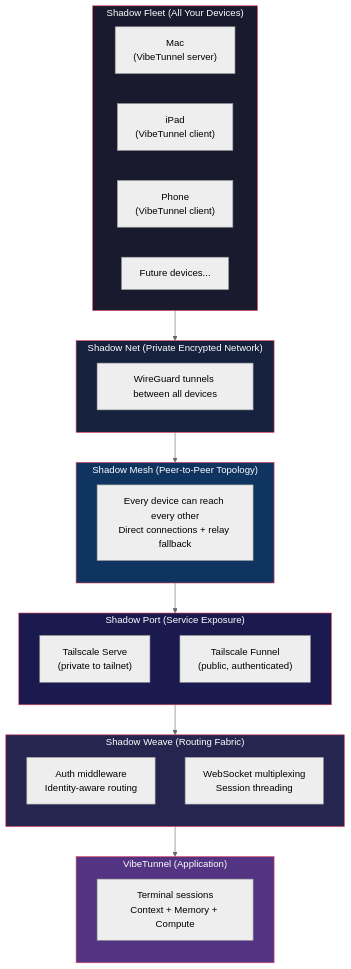
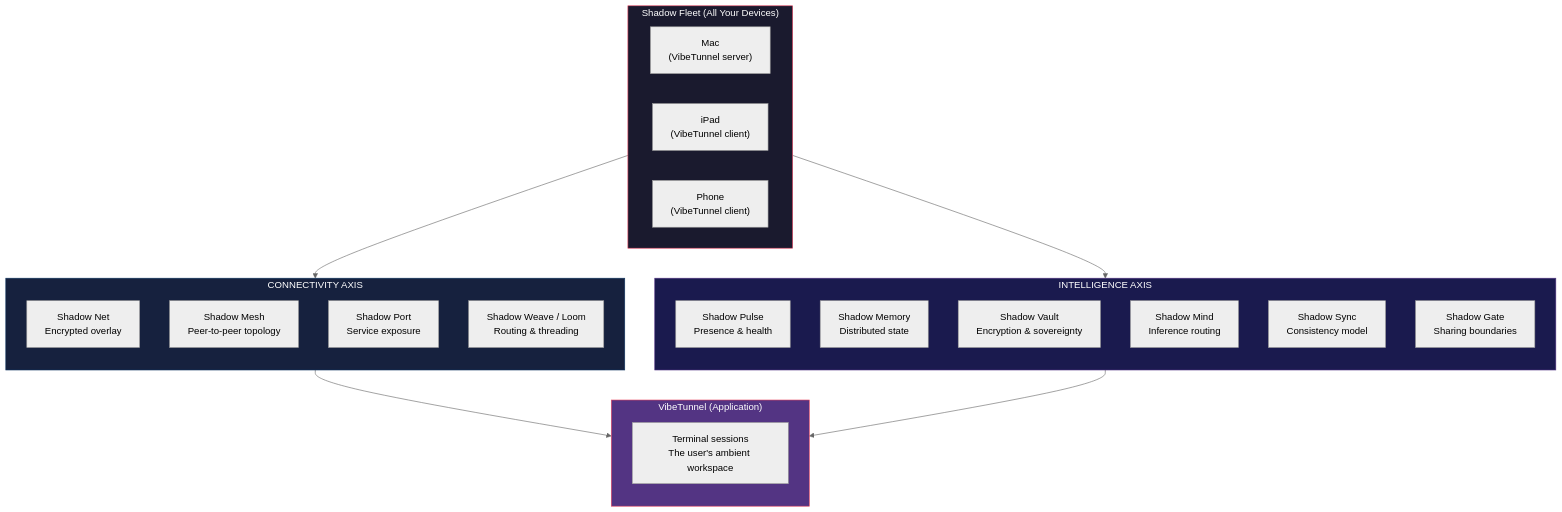
One commit to amantus-ai/vibetunnel changed the third of 3 diagrams in docs/NETWORK_SECURITY_ARCHITECTURE.md. Above: the diagram before and after it, drawn with Mermaid (neutral theme). The commit also changed other lines of this file, not shown here.

First line of the commit message:
Add multi-dimensional analysis: connectivity + intelligence axes

````diff
--- a/docs/NETWORK_SECURITY_ARCHITECTURE.md
+++ b/docs/NETWORK_SECURITY_ARCHITECTURE.md
@@ -448,49 +537,41 @@
 ```mermaid
 flowchart TB
     subgraph ShadowFleet["Shadow Fleet (All Your Devices)"]
         Mac["Mac<br/>(VibeTunnel server)"]
         iPad["iPad<br/>(VibeTunnel client)"]
         Phone["Phone<br/>(VibeTunnel client)"]
-        Future["Future devices..."]
     end
 
-    subgraph ShadowNet["Shadow Net (Private Encrypted Network)"]
+    subgraph Connectivity["CONNECTIVITY AXIS"]
         direction TB
-        SN["WireGuard tunnels between all devices"]
+        ShadowNet["Shadow Net<br/>Encrypted overlay"]
+        ShadowMesh["Shadow Mesh<br/>Peer-to-peer topology"]
+        ShadowPort["Shadow Port<br/>Service exposure"]
+        ShadowWeave["Shadow Weave / Loom<br/>Routing & threading"]
     end
 
-    subgraph ShadowMesh["Shadow Mesh (Peer-to-Peer Topology)"]
+    subgraph Intelligence["INTELLIGENCE AXIS"]
         direction TB
-        SM["Every device can reach every other<br/>Direct connections + relay fallback"]
-    end
-
-    subgraph ShadowPort["Shadow Port (Service Exposure)"]
-        direction TB
-        Serve["Tailscale Serve<br/>(private to tailnet)"]
-        Funnel["Tailscale Funnel<br/>(public, authenticated)"]
-    end
-
-    subgraph ShadowWeave["Shadow Weave (Routing Fabric)"]
-        direction TB
-        Auth["Auth middleware<br/>Identity-aware routing"]
-        WS["WebSocket multiplexing<br/>Session threading"]
+        ShadowPulse["Shadow Pulse<br/>Presence & health"]
+        ShadowMemory["Shadow Memory<br/>Distributed state"]
+        ShadowVault["Shadow Vault<br/>Encryption & sovereignty"]
+        ShadowMind["Shadow Mind<br/>Inference routing"]
+        ShadowSync["Shadow Sync<br/>Consistency model"]
+        ShadowGate["Shadow Gate<br/>Sharing boundaries"]
     end
 
     subgraph App["VibeTunnel (Application)"]
         direction TB
-        Terminal["Terminal sessions<br/>Context + Memory + Compute"]
+        Terminal["Terminal sessions<br/>The user's ambient workspace"]
     end
 
-    ShadowFleet --> ShadowNet
-    ShadowNet --> ShadowMesh
-    ShadowMesh --> ShadowPort
-    ShadowPort --> ShadowWeave
-    ShadowWeave --> App
+    ShadowFleet --> Connectivity
+    ShadowFleet --> Intelligence
+    Connectivity --> App
+    Intelligence --> App
 
     style ShadowFleet fill:#1a1a2e,stroke:#e94560,color:#fff
-    style ShadowNet fill:#16213e,stroke:#e94560,color:#fff
-    style ShadowMesh fill:#0f3460,stroke:#e94560,color:#fff
-    style ShadowPort fill:#1a1a4e,stroke:#e94560,color:#fff
-    style ShadowWeave fill:#252550,stroke:#e94560,color:#fff
+    style Connectivity fill:#16213e,stroke:#0f3460,color:#fff
+    style Intelligence fill:#1a1a4e,stroke:#533483,color:#fff
     style App fill:#533483,stroke:#e94560,color:#fff
 ```
````
